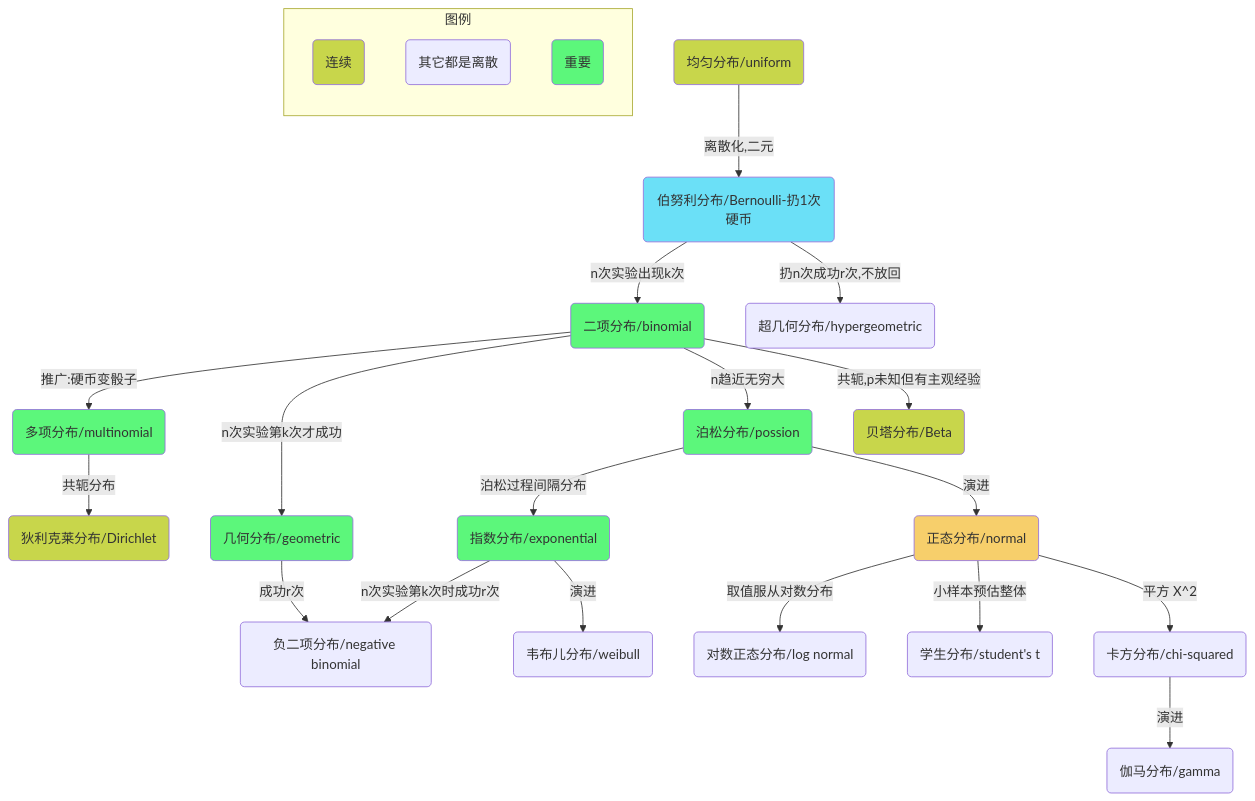
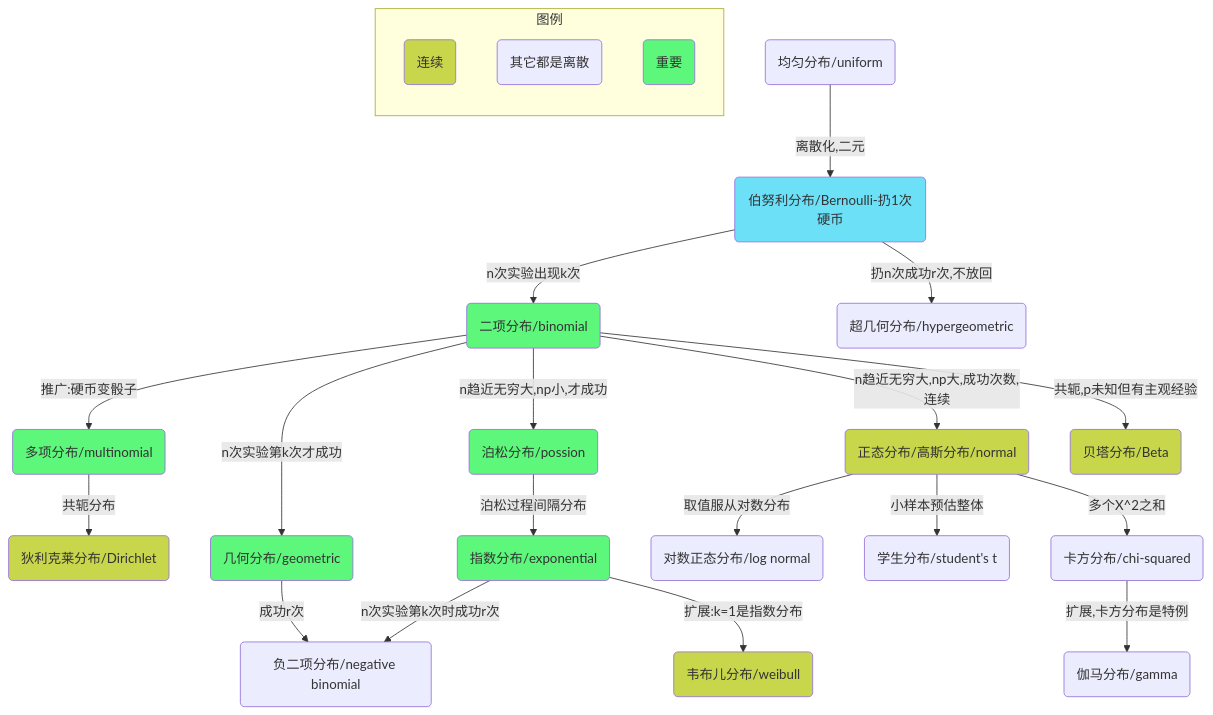
The second of 2 diagrams in _posts/2019-10-23-information-theory.md (Gaohaoyang/gaohaoyang.github.io), drawn with Mermaid before and after one commit. The commit also changed other lines of this file, not shown here.

Commit message:
新增韦布儿分布

```diff
--- a/_posts/2019-10-23-information-theory.md
+++ b/_posts/2019-10-23-information-theory.md
@@ -233,38 +233,37 @@
 <div class="mermaid">
     graph TD
     %%颜色定义
     classDef red fill:#f02;
     classDef green fill:#5CF77B;
     classDef blue fill:#6BE0F7;
     classDef orange fill:#F7CF6B;
-    classDef start fill:#C8D64B;
+    classDef grass fill:#C8D64B;
     %%节点关系定义
     A(均匀分布/uniform):::start
     B(伯努利分布/Bernoulli-扔1次硬币):::blue
     A-->|离散化,二元|B
     B -->|n次实验出现k次| BI(二项分布/binomial):::green
     BI -->|推广:硬币变骰子|F(多项分布/multinomial):::green
     BI -->|n次实验第k次才成功|G(几何分布/geometric):::green
     P -->|泊松过程间隔分布|E(指数分布/exponential):::green
     E -->|n次实验第k次时成功r次| NB(负二项分布/negative binomial)
     G -->|成功r次| NB
-    E -->|演进| W(韦布儿分布/weibull)
+    E -->|扩展:k=1是指数分布| W(韦布儿分布/weibull):::grass
     B -->|扔n次成功r次,不放回| H(超几何分布/hypergeometric)
-    BI -->|n趋近无穷大| P(泊松分布/possion):::green
-    P -->|演进| N(正态分布/normal):::orange
+    BI -->|n趋近无穷大,np小,才成功| P(泊松分布/possion):::green
+    BI -->|n趋近无穷大,np大,成功次数,连续| N(正态分布/高斯分布/normal):::grass
     N -->|取值服从对数分布| L(对数正态分布/log normal)
     N -->|小样本预估整体| S(学生分布/student's t)
-    N -->|平方 X^2| K(卡方分布/chi-squared)
-    K -->|演进| M(伽马分布/gamma)
-    BI -->|共轭,p未知但有主观经验| T(贝塔分布/Beta):::start
-    F -->|共轭分布| D(狄利克莱分布/Dirichlet):::start
-    %%C -.->|依赖| D
-    
+    N -->|多个X^2之和| K(卡方分布/chi-squared)
+    K -->|扩展,卡方分布是特例| M(伽马分布/gamma)
+    BI -->|共轭,p未知但有主观经验| T(贝塔分布/Beta):::grass
+    F -->|共轭分布| D(狄利克莱分布/Dirichlet):::grass    
+
     %%注释
     subgraph 图例
         direction TB
-        x(连续):::start
+        x(连续):::grass
         y(其它都是离散)
         z(重要):::green
     end
 </div>
```
